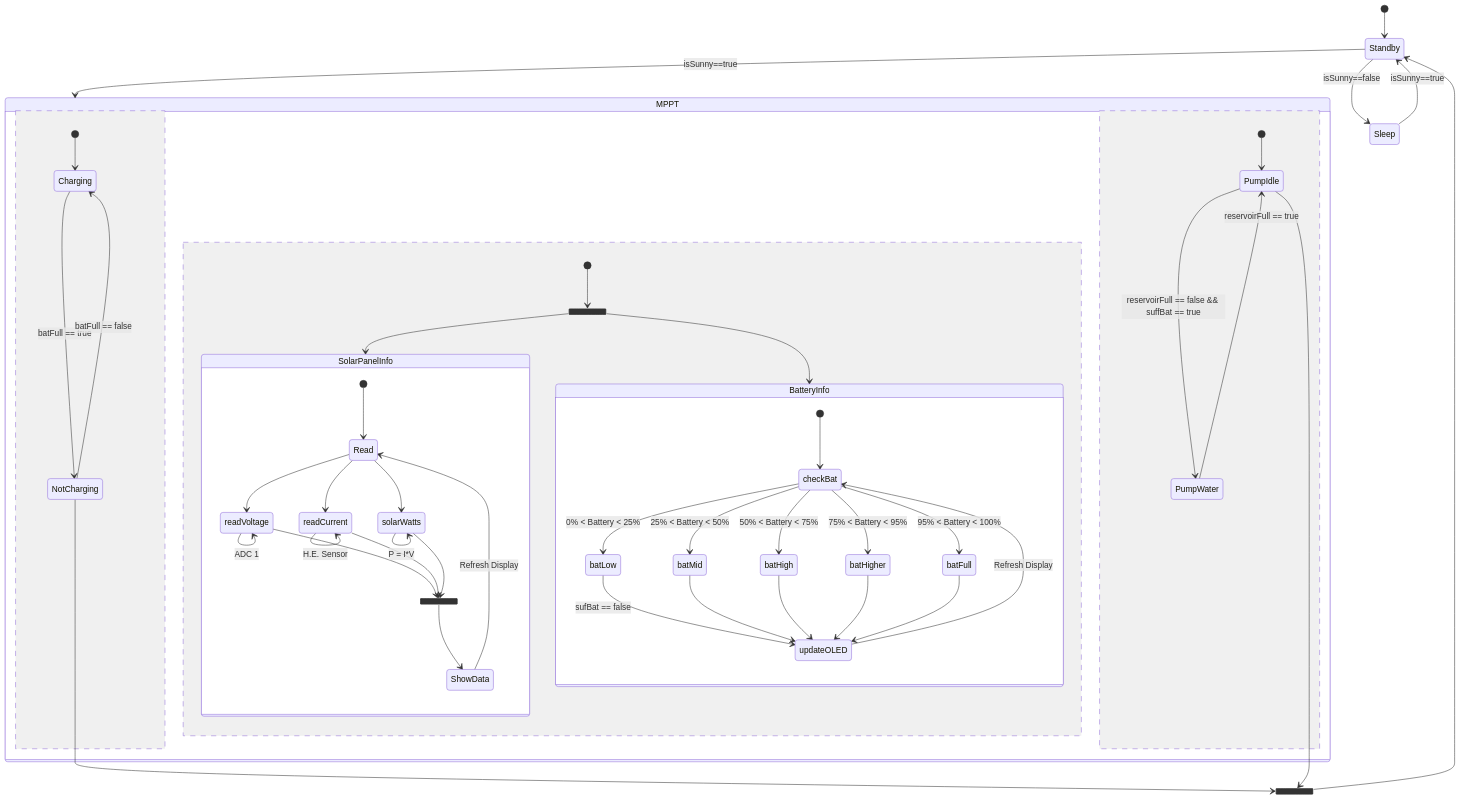
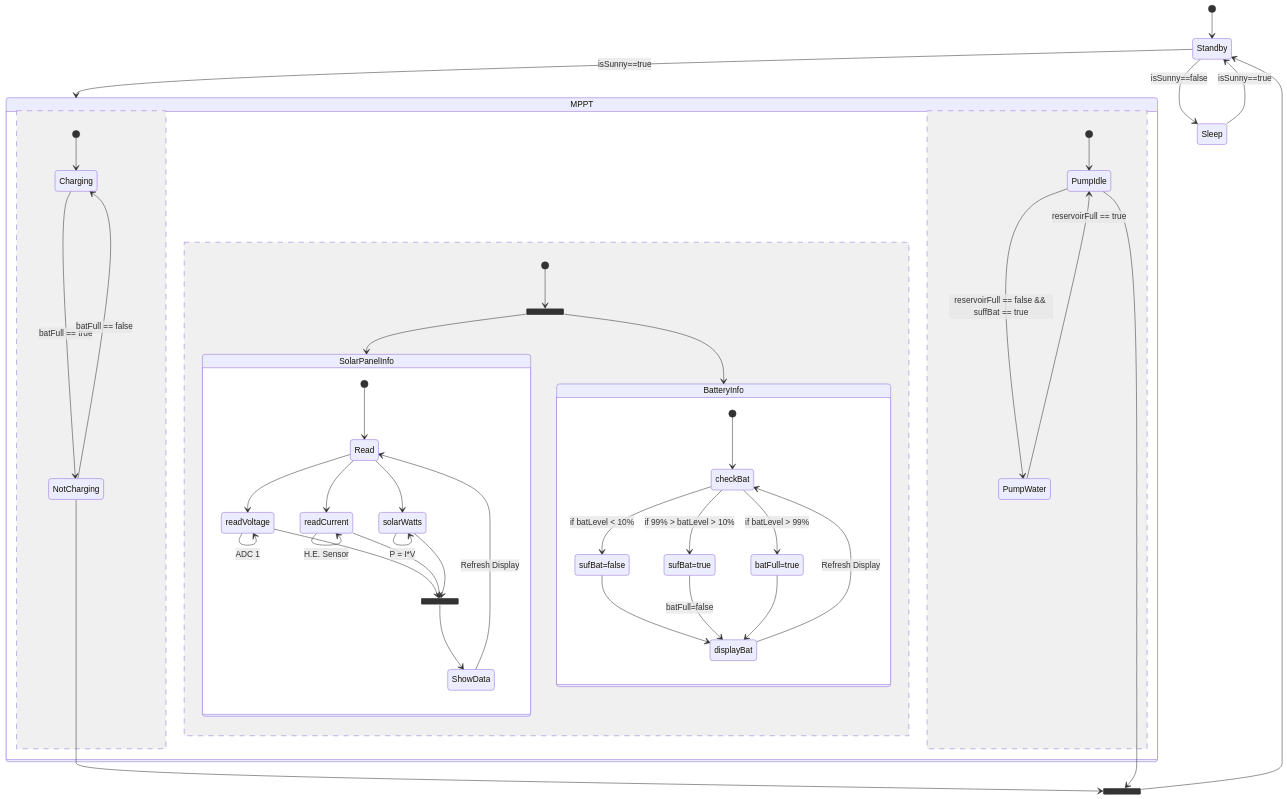
One commit to justinfederico/SolarIrrigation changed the diagram in README.md. Above: the diagram before and after it, drawn with Mermaid. The commit also changed other lines of this file, not shown here.

Commit message:
Updated README and changed FSM a bit

````diff
--- a/README.md
+++ b/README.md
@@ -6,64 +10,59 @@
 ```mermaid
 stateDiagram-v2
         state Standby
         [*] --> Standby
         Standby --> MPPT: isSunny==true
         Standby --> Sleep: isSunny==false
         state MPPT {
         [*] --> Charging
         Charging --> NotCharging : batFull == true
         NotCharging --> Charging : batFull == false
         --
         [*] --> PumpIdle
         PumpIdle --> PumpWater : reservoirFull == false && suffBat == true
         PumpWater --> PumpIdle : reservoirFull == true
         --
         state DisplayData <<fork>>
         [*] --> DisplayData
         DisplayData --> SolarPanelInfo
         DisplayData --> BatteryInfo
         state BatteryInfo {
             [*] --> checkBat 
-            state checkBat <<fork>>
-            checkBat --> batLow : 0% < Battery < 25%
-            checkBat --> batMid: 25% < Battery < 50%
-            checkBat --> batHigh: 50% < Battery < 75%
-            checkBat --> batHigher: 75% < Battery < 95%
-            checkBat --> batFull: 95% < Battery < 100%
-            batLow --> updateOLED: sufBat == false
-            batMid --> updateOLED
-            batHigh --> updateOLED
-            batHigher --> updateOLED
-            batFull --> updateOLED
-            updateOLED --> checkBat: Refresh Display
-            
+            state checkBat <<choice>>
+            checkBat --> sufBat=false: if batLevel < 10%
+            checkBat --> sufBat=true: if  99% > batLevel > 10%
+            checkBat --> batFull=true: if batLevel > 99%
+            sufBat=false --> displayBat
+            sufBat=true --> displayBat: batFull=false
+            batFull=true --> displayBat
+            displayBat --> checkBat: Refresh Display
         }
         state SolarPanelInfo {
         [*] --> Read
         Read --> readVoltage
         Read --> readCurrent
         Read --> solarWatts
         readVoltage --> readVoltage : ADC 1
         readCurrent --> readCurrent : H.E. Sensor
         solarWatts --> solarWatts : P = I*V
         state refreshDisplay <<join>> 
         readVoltage --> refreshDisplay
         readCurrent --> refreshDisplay
         solarWatts --> refreshDisplay
         refreshDisplay --> ShowData
         ShowData --> Read : Refresh Display
         }
 
         
     }
     state Full <<join>>
     NotCharging --> Full
     PumpIdle --> Full
     Full --> Standby
     Sleep --> Standby: isSunny==true
         
         
     
     
 
 ```
````
